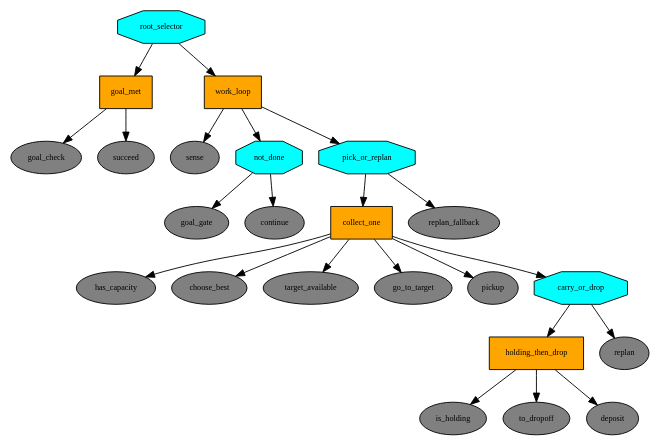
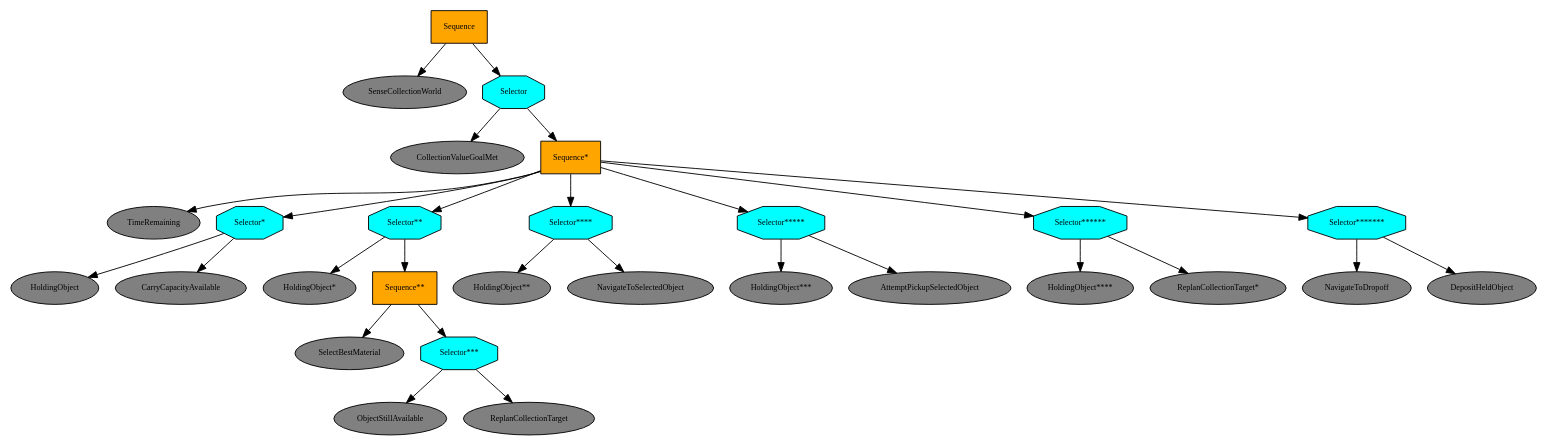
One commit to bkemp3/AgenticAI-Final-Project-Sandbox changed the diagram in Test_Env_1/outputs/collection_llm_runs/trees/maximize_collection_value.dot. Above: the diagram before and after it, drawn with Graphviz. The commit also changed 13 other files, not shown here.

```diff
--- a/Test_Env_1/outputs/collection_llm_runs/trees/maximize_collection_value.dot
+++ b/Test_Env_1/outputs/collection_llm_runs/trees/maximize_collection_value.dot
@@ -1,51 +1,61 @@
 digraph pastafarianism {
 ordering=out;
 graph [fontname="times-roman"];
 node [fontname="times-roman"];
 edge [fontname="times-roman"];
-root_selector [label="root_selector", shape=octagon, style=filled, fillcolor=cyan, fontsize=9, fontcolor=black];
-goal_met [label="goal_met", shape=box, style=filled, fillcolor=orange, fontsize=9, fontcolor=black];
-root_selector -> goal_met;
-goal_check [label="goal_check", shape=ellipse, style=filled, fillcolor=gray, fontsize=9, fontcolor=black];
-goal_met -> goal_check;
-succeed [label=succeed, shape=ellipse, style=filled, fillcolor=gray, fontsize=9, fontcolor=black];
-goal_met -> succeed;
-work_loop [label="work_loop", shape=box, style=filled, fillcolor=orange, fontsize=9, fontcolor=black];
-root_selector -> work_loop;
-sense [label=sense, shape=ellipse, style=filled, fillcolor=gray, fontsize=9, fontcolor=black];
-work_loop -> sense;
-not_done [label="not_done", shape=octagon, style=filled, fillcolor=cyan, fontsize=9, fontcolor=black];
-work_loop -> not_done;
-goal_gate [label="goal_gate", shape=ellipse, style=filled, fillcolor=gray, fontsize=9, fontcolor=black];
-not_done -> goal_gate;
-continue [label=continue, shape=ellipse, style=filled, fillcolor=gray, fontsize=9, fontcolor=black];
-not_done -> continue;
-pick_or_replan [label="pick_or_replan", shape=octagon, style=filled, fillcolor=cyan, fontsize=9, fontcolor=black];
-work_loop -> pick_or_replan;
-collect_one [label="collect_one", shape=box, style=filled, fillcolor=orange, fontsize=9, fontcolor=black];
-pick_or_replan -> collect_one;
-has_capacity [label="has_capacity", shape=ellipse, style=filled, fillcolor=gray, fontsize=9, fontcolor=black];
-collect_one -> has_capacity;
-choose_best [label="choose_best", shape=ellipse, style=filled, fillcolor=gray, fontsize=9, fontcolor=black];
-collect_one -> choose_best;
-target_available [label="target_available", shape=ellipse, style=filled, fillcolor=gray, fontsize=9, fontcolor=black];
-collect_one -> target_available;
-go_to_target [label="go_to_target", shape=ellipse, style=filled, fillcolor=gray, fontsize=9, fontcolor=black];
-collect_one -> go_to_target;
-pickup [label=pickup, shape=ellipse, style=filled, fillcolor=gray, fontsize=9, fontcolor=black];
-collect_one -> pickup;
-carry_or_drop [label="carry_or_drop", shape=octagon, style=filled, fillcolor=cyan, fontsize=9, fontcolor=black];
-collect_one -> carry_or_drop;
-holding_then_drop [label="holding_then_drop", shape=box, style=filled, fillcolor=orange, fontsize=9, fontcolor=black];
-carry_or_drop -> holding_then_drop;
-is_holding [label="is_holding", shape=ellipse, style=filled, fillcolor=gray, fontsize=9, fontcolor=black];
-holding_then_drop -> is_holding;
-to_dropoff [label="to_dropoff", shape=ellipse, style=filled, fillcolor=gray, fontsize=9, fontcolor=black];
-holding_then_drop -> to_dropoff;
-deposit [label=deposit, shape=ellipse, style=filled, fillcolor=gray, fontsize=9, fontcolor=black];
-holding_then_drop -> deposit;
-replan [label=replan, shape=ellipse, style=filled, fillcolor=gray, fontsize=9, fontcolor=black];
-carry_or_drop -> replan;
-replan_fallback [label="replan_fallback", shape=ellipse, style=filled, fillcolor=gray, fontsize=9, fontcolor=black];
-pick_or_replan -> replan_fallback;
+Sequence [label=Sequence, shape=box, style=filled, fillcolor=orange, fontsize=9, fontcolor=black];
+SenseCollectionWorld [label=SenseCollectionWorld, shape=ellipse, style=filled, fillcolor=gray, fontsize=9, fontcolor=black];
+Sequence -> SenseCollectionWorld;
+Selector [label=Selector, shape=octagon, style=filled, fillcolor=cyan, fontsize=9, fontcolor=black];
+Sequence -> Selector;
+CollectionValueGoalMet [label=CollectionValueGoalMet, shape=ellipse, style=filled, fillcolor=gray, fontsize=9, fontcolor=black];
+Selector -> CollectionValueGoalMet;
+"Sequence*" [label="Sequence*", shape=box, style=filled, fillcolor=orange, fontsize=9, fontcolor=black];
+Selector -> "Sequence*";
+TimeRemaining [label=TimeRemaining, shape=ellipse, style=filled, fillcolor=gray, fontsize=9, fontcolor=black];
+"Sequence*" -> TimeRemaining;
+"Selector*" [label="Selector*", shape=octagon, style=filled, fillcolor=cyan, fontsize=9, fontcolor=black];
+"Sequence*" -> "Selector*";
+HoldingObject [label=HoldingObject, shape=ellipse, style=filled, fillcolor=gray, fontsize=9, fontcolor=black];
+"Selector*" -> HoldingObject;
+CarryCapacityAvailable [label=CarryCapacityAvailable, shape=ellipse, style=filled, fillcolor=gray, fontsize=9, fontcolor=black];
+"Selector*" -> CarryCapacityAvailable;
+"Selector**" [label="Selector**", shape=octagon, style=filled, fillcolor=cyan, fontsize=9, fontcolor=black];
+"Sequence*" -> "Selector**";
+"HoldingObject*" [label="HoldingObject*", shape=ellipse, style=filled, fillcolor=gray, fontsize=9, fontcolor=black];
+"Selector**" -> "HoldingObject*";
+"Sequence**" [label="Sequence**", shape=box, style=filled, fillcolor=orange, fontsize=9, fontcolor=black];
+"Selector**" -> "Sequence**";
+SelectBestMaterial [label=SelectBestMaterial, shape=ellipse, style=filled, fillcolor=gray, fontsize=9, fontcolor=black];
+"Sequence**" -> SelectBestMaterial;
+"Selector***" [label="Selector***", shape=octagon, style=filled, fillcolor=cyan, fontsize=9, fontcolor=black];
+"Sequence**" -> "Selector***";
+ObjectStillAvailable [label=ObjectStillAvailable, shape=ellipse, style=filled, fillcolor=gray, fontsize=9, fontcolor=black];
+"Selector***" -> ObjectStillAvailable;
+ReplanCollectionTarget [label=ReplanCollectionTarget, shape=ellipse, style=filled, fillcolor=gray, fontsize=9, fontcolor=black];
+"Selector***" -> ReplanCollectionTarget;
+"Selector****" [label="Selector****", shape=octagon, style=filled, fillcolor=cyan, fontsize=9, fontcolor=black];
+"Sequence*" -> "Selector****";
+"HoldingObject**" [label="HoldingObject**", shape=ellipse, style=filled, fillcolor=gray, fontsize=9, fontcolor=black];
+"Selector****" -> "HoldingObject**";
+NavigateToSelectedObject [label=NavigateToSelectedObject, shape=ellipse, style=filled, fillcolor=gray, fontsize=9, fontcolor=black];
+"Selector****" -> NavigateToSelectedObject;
+"Selector*****" [label="Selector*****", shape=octagon, style=filled, fillcolor=cyan, fontsize=9, fontcolor=black];
+"Sequence*" -> "Selector*****";
+"HoldingObject***" [label="HoldingObject***", shape=ellipse, style=filled, fillcolor=gray, fontsize=9, fontcolor=black];
+"Selector*****" -> "HoldingObject***";
+AttemptPickupSelectedObject [label=AttemptPickupSelectedObject, shape=ellipse, style=filled, fillcolor=gray, fontsize=9, fontcolor=black];
+"Selector*****" -> AttemptPickupSelectedObject;
+"Selector******" [label="Selector******", shape=octagon, style=filled, fillcolor=cyan, fontsize=9, fontcolor=black];
+"Sequence*" -> "Selector******";
+"HoldingObject****" [label="HoldingObject****", shape=ellipse, style=filled, fillcolor=gray, fontsize=9, fontcolor=black];
+"Selector******" -> "HoldingObject****";
+"ReplanCollectionTarget*" [label="ReplanCollectionTarget*", shape=ellipse, style=filled, fillcolor=gray, fontsize=9, fontcolor=black];
+"Selector******" -> "ReplanCollectionTarget*";
+"Selector*******" [label="Selector*******", shape=octagon, style=filled, fillcolor=cyan, fontsize=9, fontcolor=black];
+"Sequence*" -> "Selector*******";
+NavigateToDropoff [label=NavigateToDropoff, shape=ellipse, style=filled, fillcolor=gray, fontsize=9, fontcolor=black];
+"Selector*******" -> NavigateToDropoff;
+DepositHeldObject [label=DepositHeldObject, shape=ellipse, style=filled, fillcolor=gray, fontsize=9, fontcolor=black];
+"Selector*******" -> DepositHeldObject;
 }
```
